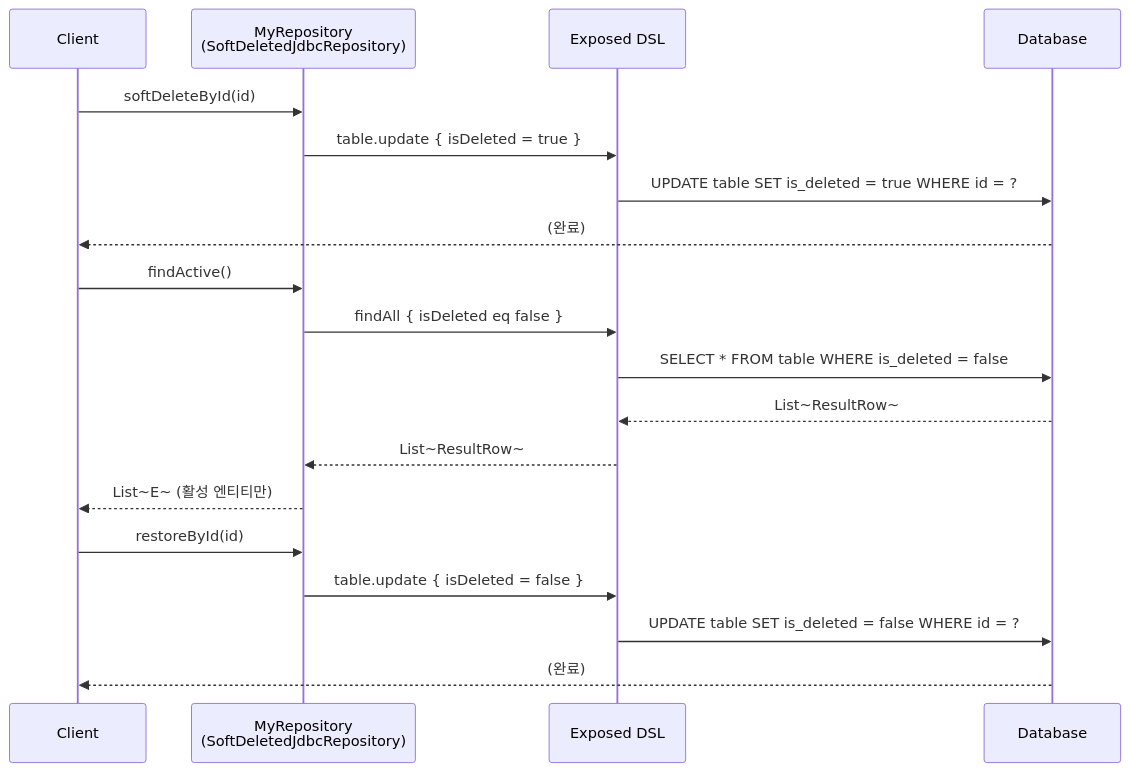
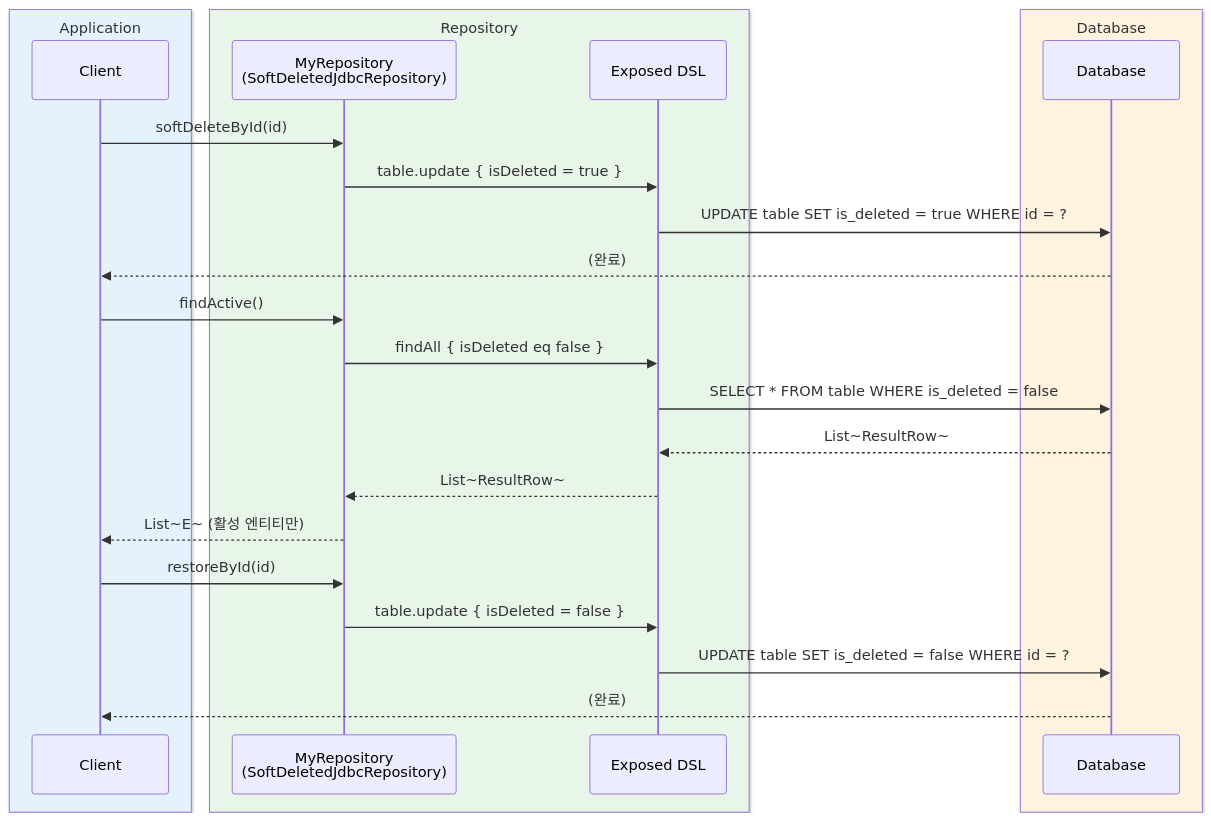
The sixth of 6 diagrams in data/exposed-jdbc/README.ko.md (bluetape4k/bluetape4k-projects), drawn with Mermaid before and after one commit. The commit also changed other lines of this file and 221 other files, not shown here.

First line of the commit message:
docs: 전체 모듈 README UML 다이어그램 보강 및 색상 업그레이드

````diff
--- a/data/exposed-jdbc/README.ko.md
+++ b/data/exposed-jdbc/README.ko.md
@@ -573,21 +605,27 @@
 ```mermaid
 sequenceDiagram
-    participant Client
-    participant Repository as MyRepository<br/>(SoftDeletedJdbcRepository)
-    participant Exposed as Exposed DSL
-    participant DB as Database
+    box rgb(227, 242, 253) Application
+        participant Client
+    end
+    box rgb(232, 245, 233) Repository
+        participant Repository as MyRepository<br/>(SoftDeletedJdbcRepository)
+        participant Exposed as Exposed DSL
+    end
+    box rgb(255, 243, 224) Database
+        participant DB as Database
+    end
     Client ->> Repository: softDeleteById(id)
     Repository ->> Exposed: table.update { isDeleted = true }
     Exposed ->> DB: UPDATE table SET is_deleted = true WHERE id = ?
     DB -->> Client: (완료)
     Client ->> Repository: findActive()
     Repository ->> Exposed: findAll { isDeleted eq false }
     Exposed ->> DB: SELECT * FROM table WHERE is_deleted = false
     DB -->> Exposed: List~ResultRow~
     Exposed -->> Repository: List~ResultRow~
     Repository -->> Client: List~E~ (활성 엔티티만)
     Client ->> Repository: restoreById(id)
     Repository ->> Exposed: table.update { isDeleted = false }
     Exposed ->> DB: UPDATE table SET is_deleted = false WHERE id = ?
     DB -->> Client: (완료)
 ```
````
